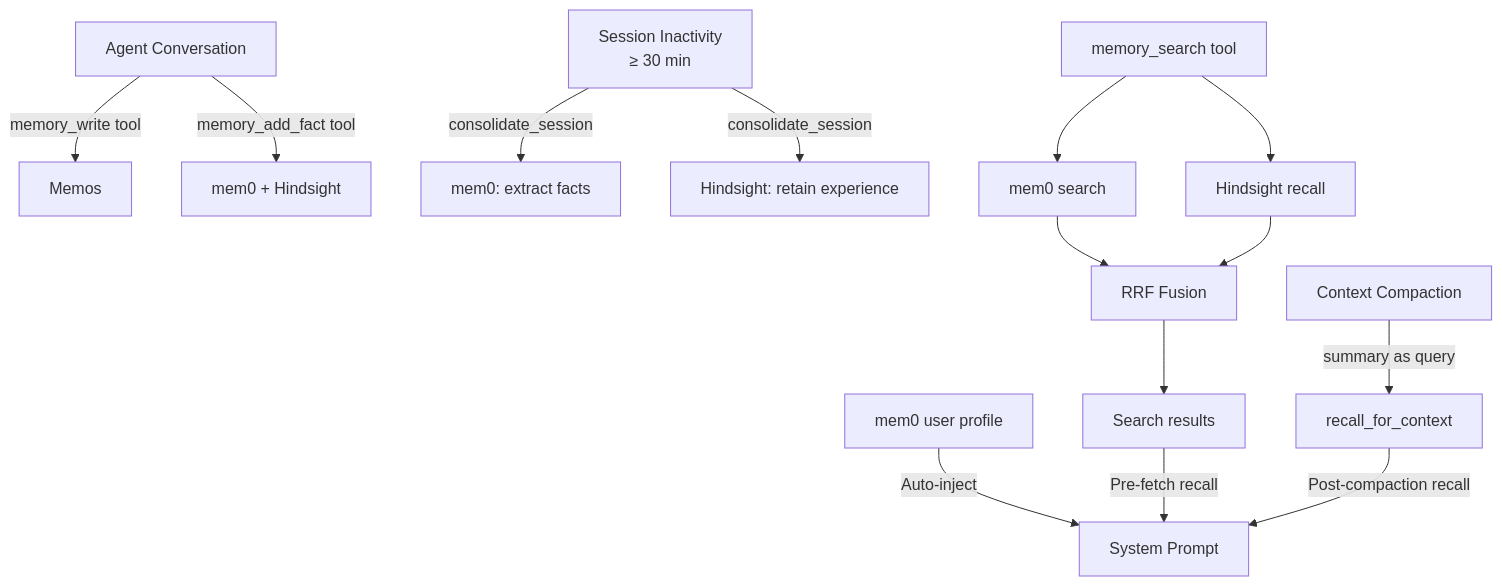
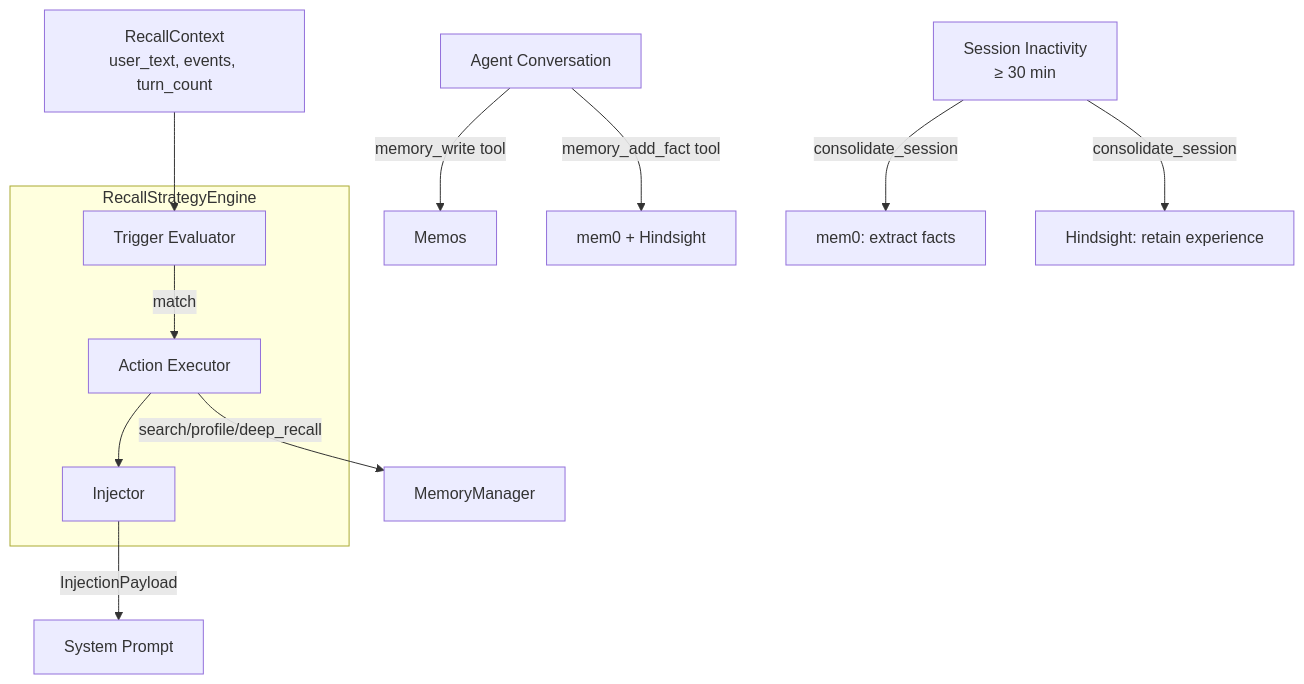
The diagram in docs/src/memory-system.md (rararulab/rara), drawn with Mermaid before and after one commit. The commit also changed other lines of this file and 2 other files, not shown here.

First line of the commit message:
docs(memory): update docs for recall strategy engine (#322)

````diff
--- a/docs/src/memory-system.md
+++ b/docs/src/memory-system.md
@@ -7,19 +7,17 @@
 ```mermaid
 graph TD
     A[Agent Conversation] -->|memory_write tool| B[Memos]
     A -->|memory_add_fact tool| C[mem0 + Hindsight]
 
     D[Session Inactivity<br/>≥ 30 min] -->|consolidate_session| E[mem0: extract facts]
     D -->|consolidate_session| F[Hindsight: retain experience]
 
-    G[memory_search tool] --> H[mem0 search]
-    G --> I[Hindsight recall]
-    H --> J[RRF Fusion]
-    I --> J
-    J --> K[Search results]
+    subgraph RecallStrategyEngine
+        R1[Trigger Evaluator] -->|match| R2[Action Executor]
+        R2 --> R3[Injector]
+    end
 
-    L[mem0 user profile] -->|Auto-inject| M[System Prompt]
-    K -->|Pre-fetch recall| M
-    N[Context Compaction] -->|summary as query| O[recall_for_context]
-    O -->|Post-compaction recall| M
+    G[RecallContext<br/>user_text, events, turn_count] --> R1
+    R3 -->|InjectionPayload| M[System Prompt]
+    R2 -->|search/profile/deep_recall| H[MemoryManager]
 ```
````
